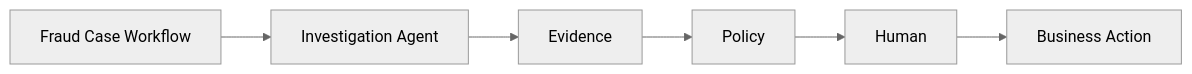
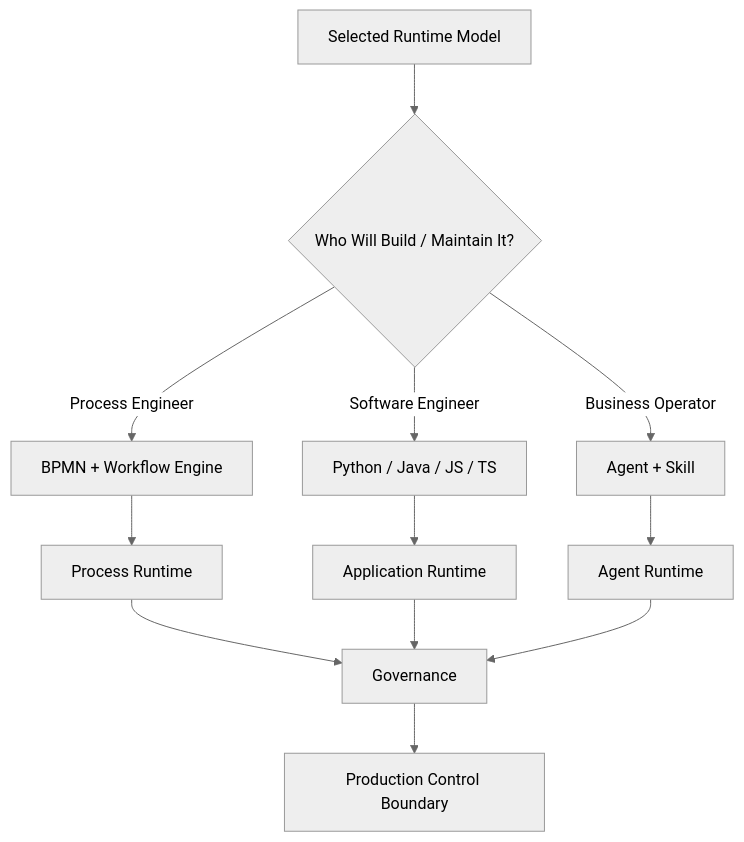
Before and after one commit to saga/copilot-server-agent: the third of 3 diagrams in docs/研究文章/workflow 和 ai agent的decision tree.md, drawn with Mermaid (neutral theme). The commit also changed other lines of this file, not shown here.

````diff
--- a/docs/研究文章/workflow 和 ai agent的decision tree.md
+++ b/docs/研究文章/workflow 和 ai agent的decision tree.md
@@ -1355,16 +2132,23 @@
 ```mermaid
-flowchart LR
+flowchart TD
 
-    A[Fraud Case Workflow]
-    B[Investigation Agent]
-    C[Evidence]
-    D[Policy]
-    E[Human]
-    F[Business Action]
+    A[Selected Runtime Model]
 
-    A --> B
-    B --> C
-    C --> D
-    D --> E
-    E --> F
+    A --> B{Who Will Build / Maintain It?}
+
+    B -->|Process Engineer| C[BPMN + Workflow Engine]
+
+    B -->|Software Engineer| D[Python / Java / JS / TS]
+
+    B -->|Business Operator| E[Agent + Skill]
+
+    C --> F[Process Runtime]
+    D --> G[Application Runtime]
+    E --> H[Agent Runtime]
+
+    F --> I[Governance]
+    G --> I
+    H --> I
+
+    I --> J[Production Control Boundary]
 ```
````
